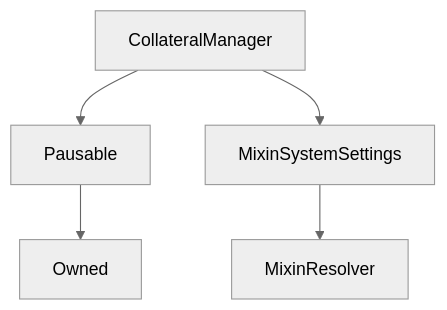
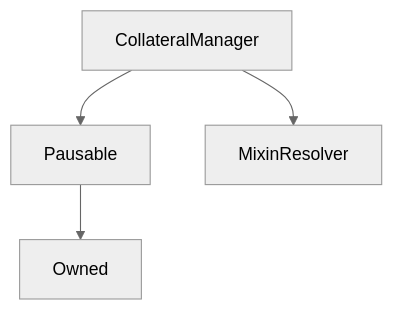
The diagram in content/contracts/source/contracts/CollateralManager.md (Synthetixio/synthetix-docs), drawn with Mermaid (neutral theme) before and after one commit. The commit also changed other lines of this file and 115 other files, not shown here.

````diff
--- a/content/contracts/source/contracts/CollateralManager.md
+++ b/content/contracts/source/contracts/CollateralManager.md
@@ -18,8 +18,7 @@
 ```mermaid
 graph TD
     CollateralManager[CollateralManager] --> Pausable[Pausable]
-    CollateralManager[CollateralManager] --> MixinSystemSettings[MixinSystemSettings]
+    CollateralManager[CollateralManager] --> MixinResolver[MixinResolver]
     Pausable[Pausable] --> Owned[Owned]
-    MixinSystemSettings[MixinSystemSettings] --> MixinResolver[MixinResolver]
 
 ```
````
